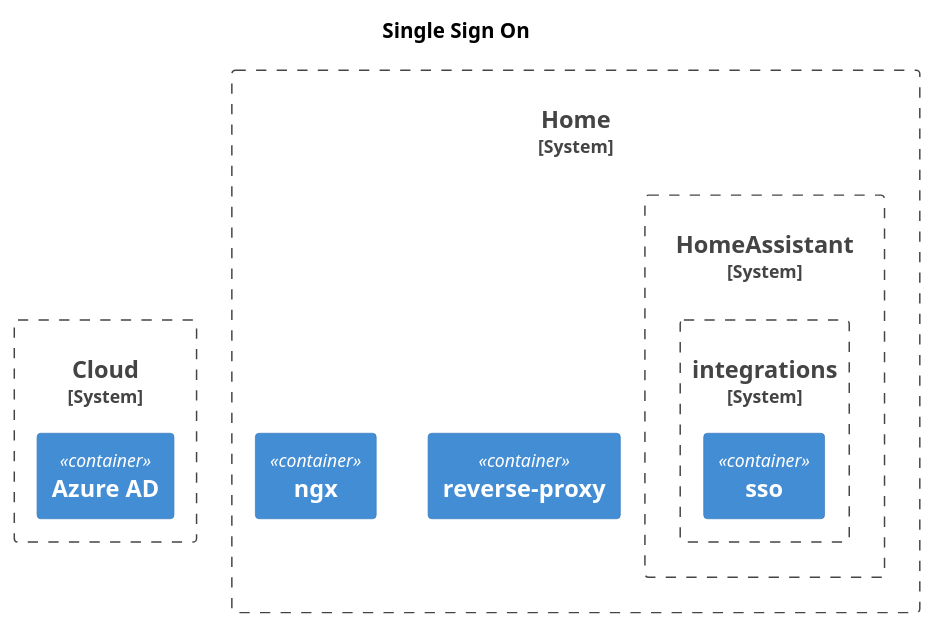
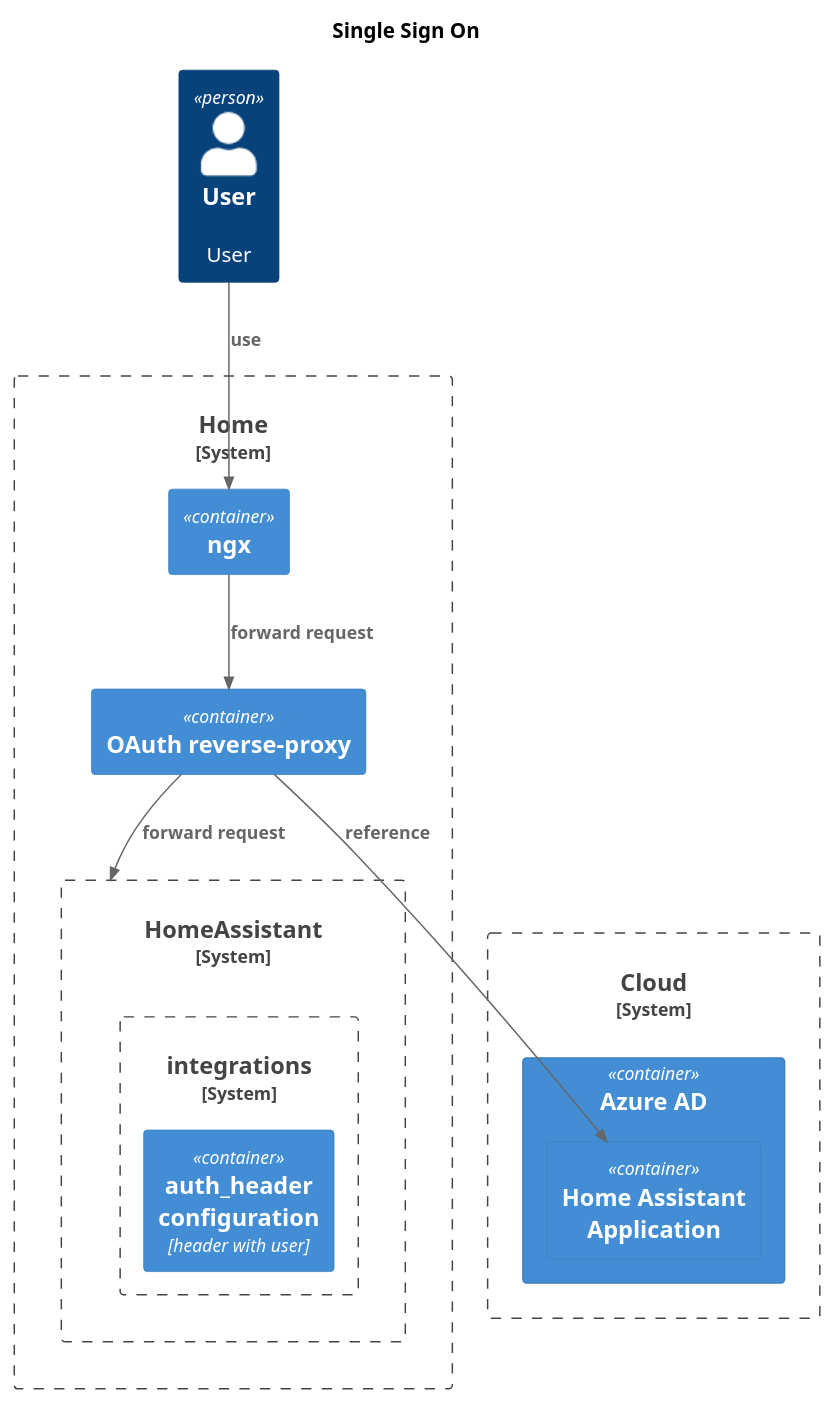
The diagram in doc/architecture/decisions-log/27-10-2022-home-assistant-sso/sso.puml (mjendza/SmartHome), drawn with PlantUML before and after one commit. The commit also changed 2 other files, not shown here.

```diff
--- a/doc/architecture/decisions-log/27-10-2022-home-assistant-sso/sso.puml
+++ b/doc/architecture/decisions-log/27-10-2022-home-assistant-sso/sso.puml
@@ -1,25 +1,29 @@
 @startuml SmartHome
 !include https://raw.githubusercontent.com/plantuml-stdlib/C4-PlantUML/master/C4_Container.puml
 
 title
 Single Sign On
 end title
 
+Person(EndUser, User, "User")
+
 System_Boundary(Azure, "Cloud") {
-    Container(AzureAD, "Azure AD", "", "")
+    Container(AzureAD, "Azure AD", "", ""){
+        Container(haApplication, "Home Assistant Application", "", "")
+    }
 }
+
 System_Boundary(Home, "Home") {
-
-
-    Container(hareverseproxy, "reverse-proxy", "", "")
+    Container(hareverseproxy, "OAuth reverse-proxy", "", "")
     Container(ngx, "ngx", "", "")
     System_Boundary(HA, "HomeAssistant") {
-
-                    System_Boundary(ha-integrations, "integrations") {
-                          Container(sso, "sso", "", "")
-                    }
+        System_Boundary(ha-integrations, "integrations") {
+             Container(sso, "auth_header configuration", "header with user", "")
+        }
     }
-
 }
-
+Rel(EndUser, ngx, "use", "")
+Rel(hareverseproxy, haApplication, "reference", "")
+Rel(ngx, hareverseproxy, "forward request", "")
+Rel(hareverseproxy, HA, "forward request", "")
 @enduml
```
